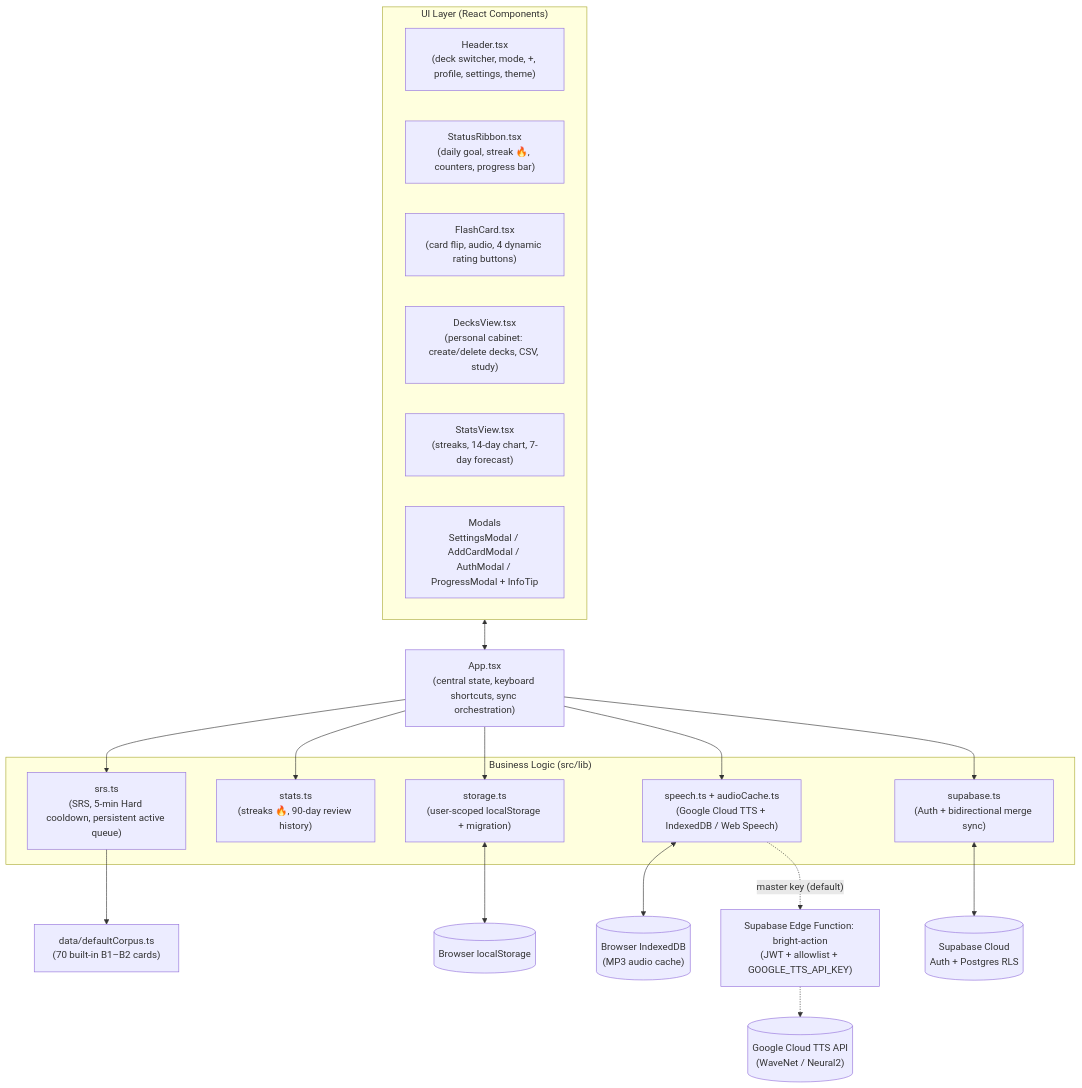
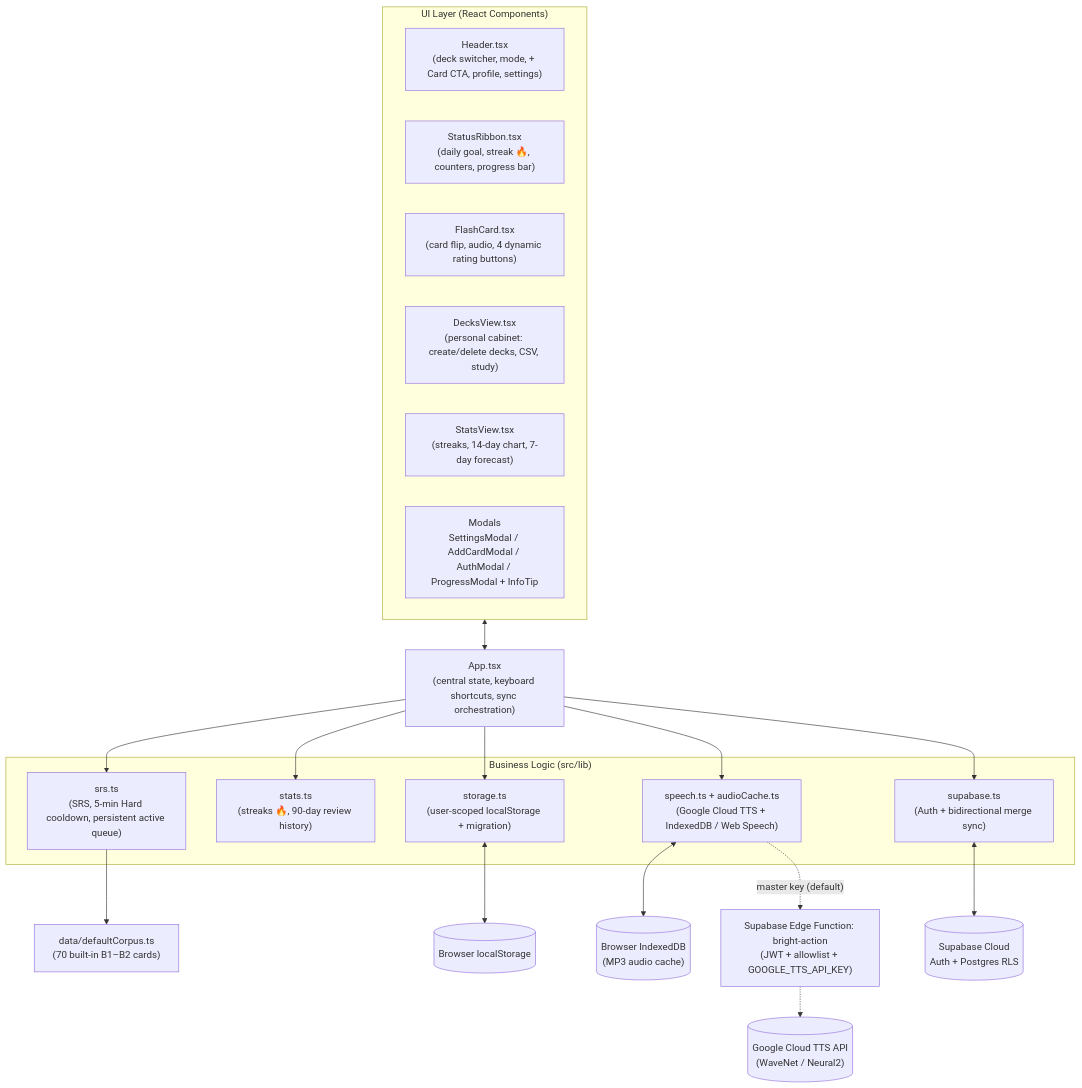
Before and after one commit to an2ancan/anki: the first of 5 diagrams in ARCHITECTURE.md, drawn with Mermaid. The commit also changed other lines of this file and 6 other files, not shown here.

````diff
--- a/ARCHITECTURE.md
+++ b/ARCHITECTURE.md
@@ -13,41 +13,41 @@
 ```mermaid
 flowchart TD
   subgraph UI["UI Layer (React Components)"]
-    Header["Header.tsx<br/>(deck switcher, mode, +, profile, settings, theme)"]
+    Header["Header.tsx<br/>(deck switcher, mode, + Card CTA, profile, settings)"]
     Ribbon["StatusRibbon.tsx<br/>(daily goal, streak 🔥, counters, progress bar)"]
     Card["FlashCard.tsx<br/>(card flip, audio, 4 dynamic rating buttons)"]
     Decks["DecksView.tsx<br/>(personal cabinet: create/delete decks, CSV, study)"]
     Stats["StatsView.tsx<br/>(streaks, 14-day chart, 7-day forecast)"]
     Modals["Modals<br/>SettingsModal / AddCardModal / AuthModal / ProgressModal + InfoTip"]
   end
 
   App["App.tsx<br/>(central state, keyboard shortcuts, sync orchestration)"]
 
   subgraph Logic["Business Logic (src/lib)"]
     SRS["srs.ts<br/>(SRS, 5-min Hard cooldown, persistent active queue)"]
     StatsLib["stats.ts<br/>(streaks 🔥, 90-day review history)"]
     Storage["storage.ts<br/>(user-scoped localStorage + migration)"]
     Speech["speech.ts + audioCache.ts<br/>(Google Cloud TTS + IndexedDB / Web Speech)"]
     SupaLib["supabase.ts<br/>(Auth + bidirectional merge sync)"]
   end
 
   Data["data/defaultCorpus.ts<br/>(70 built-in B1–B2 cards)"]
   LS[("Browser localStorage")]
   IDB[("Browser IndexedDB<br/>(MP3 audio cache)")]
   EdgeTTS["Supabase Edge Function: bright-action<br/>(JWT + allowlist + GOOGLE_TTS_API_KEY)"]
   GoogleTTS[("Google Cloud TTS API<br/>(WaveNet / Neural2)")]
   SupaDB[("Supabase Cloud<br/>Auth + Postgres RLS")]
 
   UI <--> App
   App --> SRS
   App --> StatsLib
   App --> Storage
   App --> Speech
   App --> SupaLib
   SRS --> Data
   Storage <--> LS
   Speech <--> IDB
   Speech -.->|"master key (default)"| EdgeTTS
   EdgeTTS -.-> GoogleTTS
   SupaLib <--> SupaDB
 ```
````
